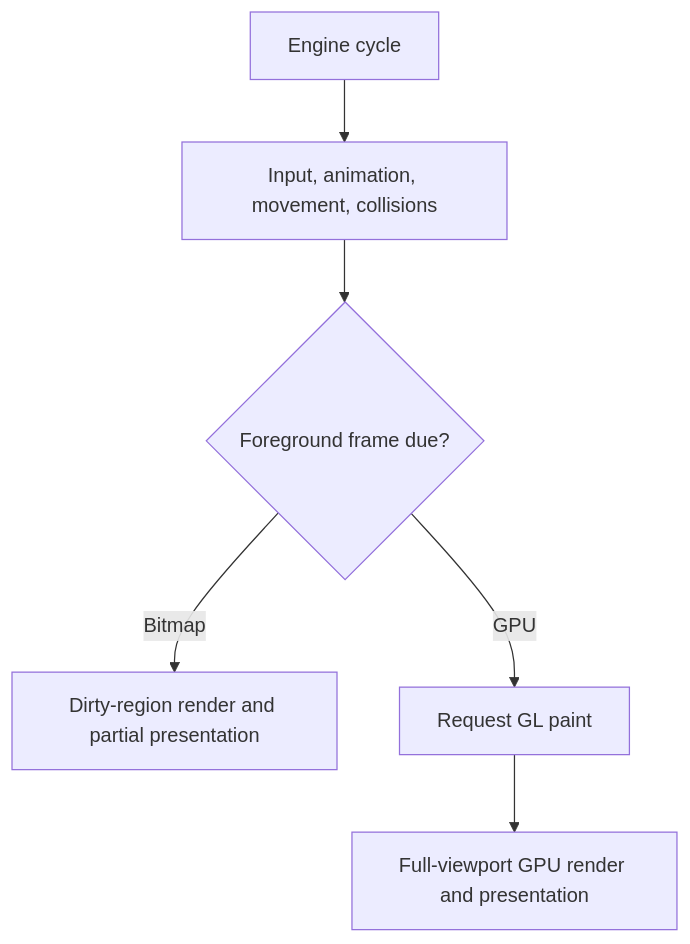
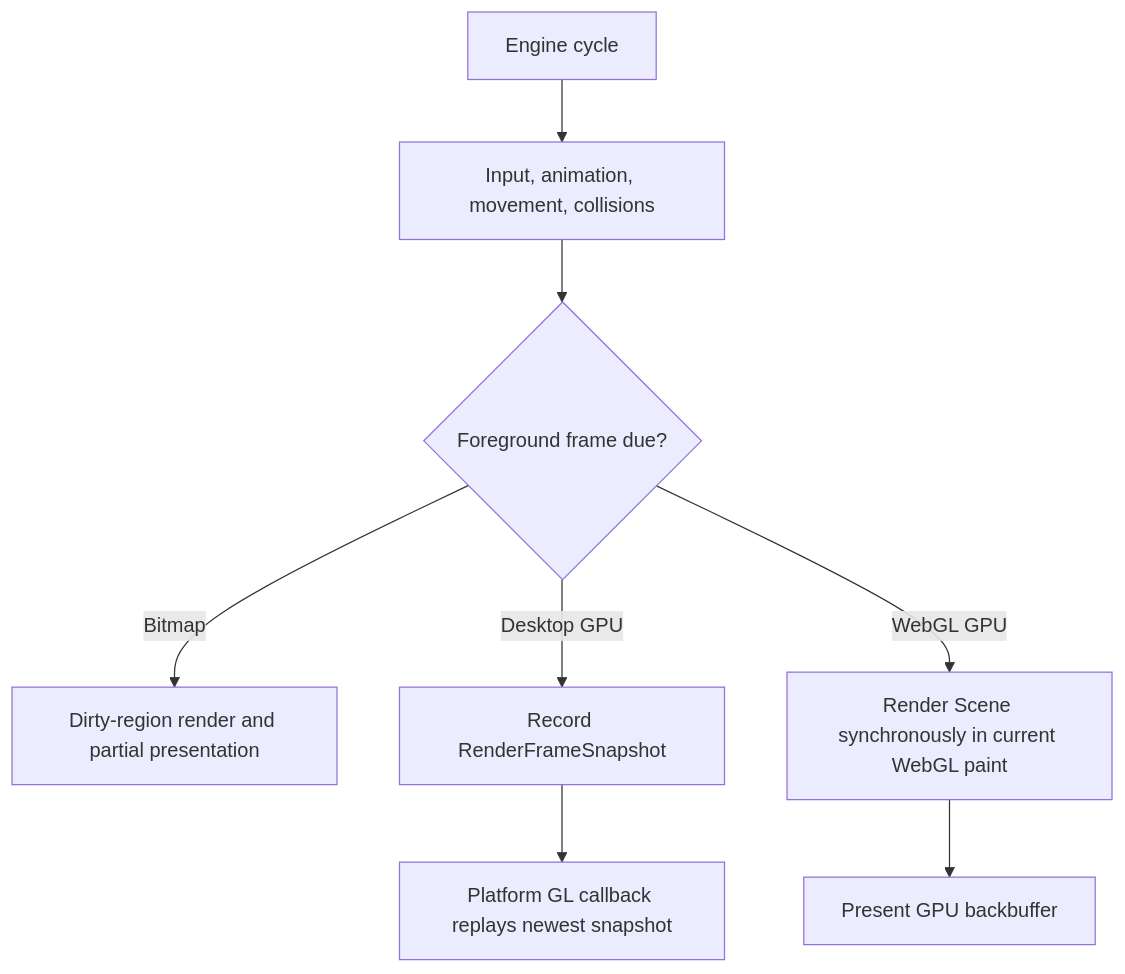
One commit to Isthimius/Gondwana changed the diagram in docs/wiki/Performance-Tuning.md. Above: the diagram before and after it, drawn with Mermaid. The commit also changed other lines of this file, not shown here.

Commit message:
docs: update browser performance guidance for WebGL

````diff
--- a/docs/wiki/Performance-Tuning.md
+++ b/docs/wiki/Performance-Tuning.md
@@ -26,8 +26,10 @@
 ```mermaid
 flowchart TD
     A["Engine cycle"] --> B["Input, animation, movement, collisions"]
     B --> C{"Foreground frame due?"}
     C -->|Bitmap| D["Dirty-region render and partial presentation"]
-    C -->|GPU| E["Request GL paint"]
-    E --> F["Full-viewport GPU render and presentation"]
+    C -->|Desktop GPU| E["Record RenderFrameSnapshot"]
+    E --> F["Platform GL callback replays newest snapshot"]
+    C -->|WebGL GPU| G["Render Scene synchronously in current WebGL paint"]
+    G --> H["Present GPU backbuffer"]
 ```
````
